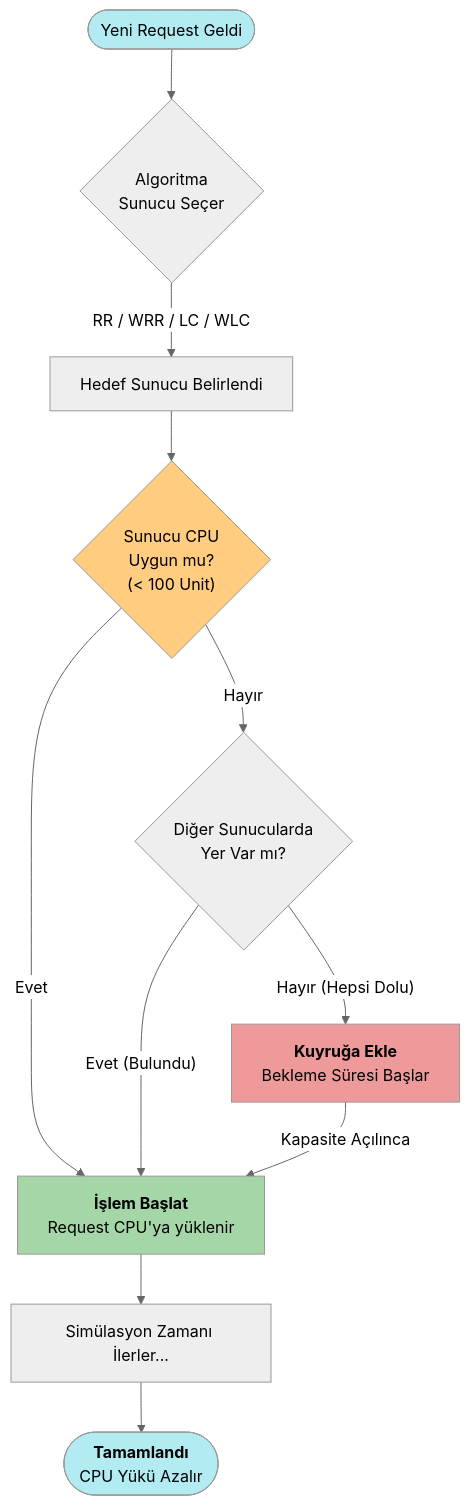
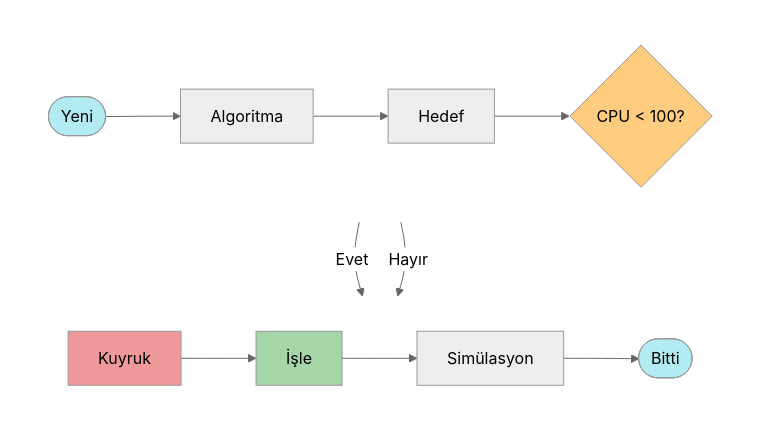
One commit to tahakara/optimization_scenario changed the diagram in shared/mmd/FlowChart.mmd. Above: the diagram before and after it, drawn with Mermaid (neutral theme). The commit also changed 5 other files, not shown here.

```diff
--- a/shared/mmd/FlowChart.mmd
+++ b/shared/mmd/FlowChart.mmd
@@ -1,26 +1,28 @@
-flowchart TD
-    Start([Yeni Request Geldi]) --> SelectServer{Algoritma<br>Sunucu Seçer}
+flowchart TB
+    %% 1. SATIR: Karar Aşaması (Soldan Sağa)
+    subgraph Karar_Asamasi [ ]
+        direction LR
+        Start([Yeni]) --> Sec[Algoritma] --> Hedef[Hedef] --> Kontrol{CPU < 100?}
+    end
+
+    %% 2. SATIR: İşlem Aşaması (Soldan Sağa)
+    subgraph Islem_Asamasi [ ]
+        direction LR
+        Kuyruk[Kuyruk] --> Islem[İşle] --> Sim[Simülasyon] --> Son([Bitti])
+    end
+
+    %% BAĞLANTILAR (Satırlar Arası Geçiş)
+    Kontrol -- Evet --> Islem
+    Kontrol -- Hayır --> Kuyruk
     
-    SelectServer -- RR / WRR / LC / WLC --> Target[Hedef Sunucu Belirlendi]
+    %% Kuyruktan dönüş mantığı (Görseli bozmamak için düz bağladım)
     
-    Target --> CPUCheck{"Sunucu CPU<br>Uygun mu?<br>(< 100 Unit)"}
+    %% Stil (Kutuları gizle, sadece akış kalsın)
+    style Karar_Asamasi fill:none,stroke:none
+    style Islem_Asamasi fill:none,stroke:none
     
-    CPUCheck -- Evet --> Process[<b>İşlem Başlat</b><br>Request CPU'ya yüklenir]
-    
-    CPUCheck -- Hayır --> FindAlt{Diğer Sunucularda<br>Yer Var mı?}
-    
-    FindAlt -- Evet (Bulundu) --> Process
-    
-    FindAlt -- Hayır (Hepsi Dolu) --> Queue[<b>Kuyruğa Ekle</b><br>Bekleme Süresi Başlar]
-    
-    Process --> Processing[Simülasyon Zamanı İlerler...]
-    Queue --> |Kapasite Açılınca| Process
-    
-    Processing --> Finish([<b>Tamamlandı</b><br>CPU Yükü Azalır])
-
-    %% Stil Tanımları
     style Start fill:#b2ebf2
-    style Finish fill:#b2ebf2
-    style CPUCheck fill:#ffcc80
-    style Queue fill:#ef9a9a
-    style Process fill:#a5d6a7
+    style Son fill:#b2ebf2
+    style Kontrol fill:#ffcc80
+    style Kuyruk fill:#ef9a9a
+    style Islem fill:#a5d6a7
```
